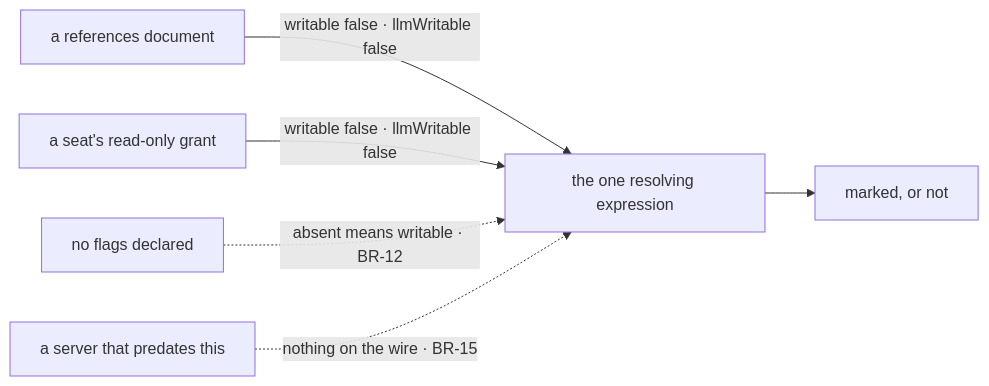
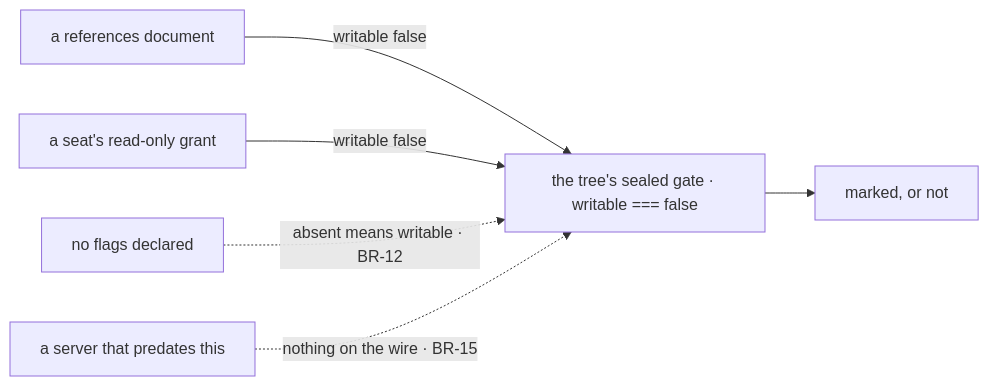
One commit to fixpoint-labs/flow-state-dev changed the diagram in specs/issues/FIX-1481/BUSINESS-RULES.md. Above: the diagram before and after it, drawn with Mermaid. The commit also changed other lines of this file and 7 other files, not shown here.

````diff
--- a/specs/issues/FIX-1481/BUSINESS-RULES.md
+++ b/specs/issues/FIX-1481/BUSINESS-RULES.md
@@ -48,8 +52,8 @@
 ```mermaid
 flowchart LR
-  A["a references document"] -->|"writable false · llmWritable false"| G["the one resolving expression"]
-  B["a seat's read-only grant"] -->|"writable false · llmWritable false"| G
+  A["a references document"] -->|"writable false"| G["the tree's sealed gate · writable === false"]
+  B["a seat's read-only grant"] -->|"writable false"| G
   C["no flags declared"] -.->|"absent means writable · BR-12"| G
   D["a server that predates this"] -.->|"nothing on the wire · BR-15"| G
   G --> M["marked, or not"]
 ```
````
